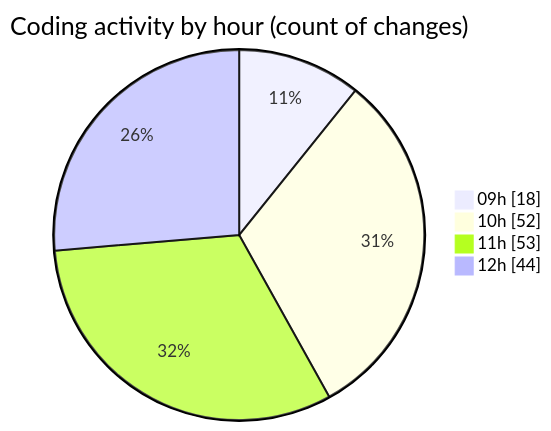
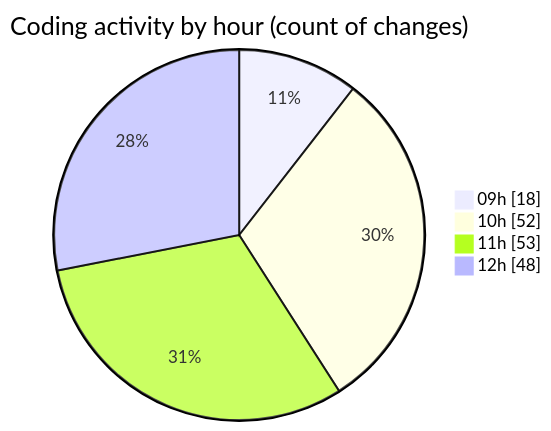
One commit to momahboobian/code-tracking changed the second of 2 diagrams in 2025-03-21/cda/README.md. Above: the diagram before and after it, drawn with Mermaid. The commit also changed other lines of this file and 1 other file, not shown here.

````diff
--- a/2025-03-21/cda/README.md
+++ b/2025-03-21/cda/README.md
@@ -42,8 +42,8 @@
 ```mermaid
 pie showData
 title Coding activity by hour (count of changes)
 "09h" : 18
 "10h" : 52
 "11h" : 53
-"12h" : 44
+"12h" : 48
 ```
````
